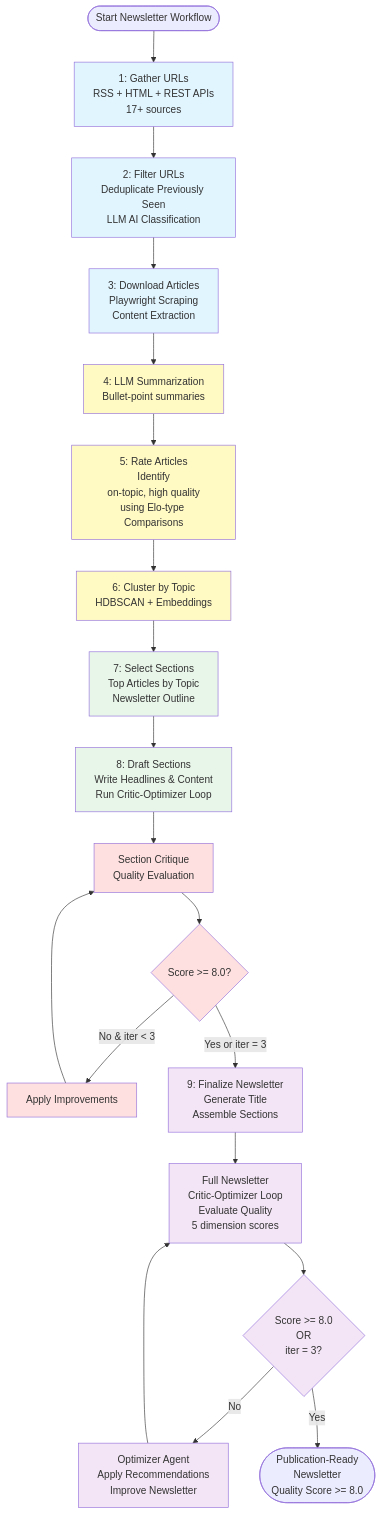
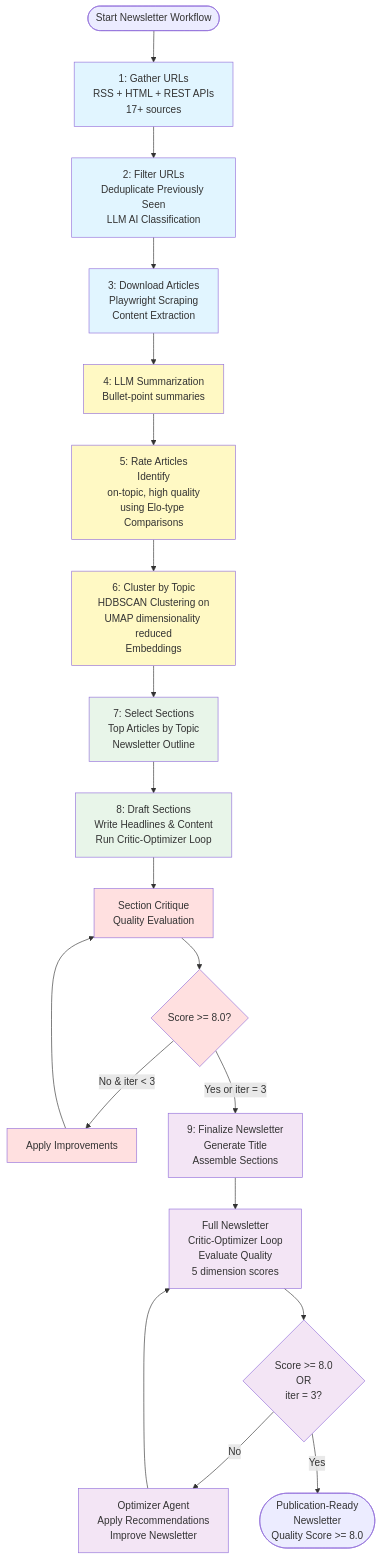
Before and after one commit to druce/OpenAIAgentsSDK: the diagram in README.md, drawn with Mermaid.

````diff
--- a/README.md
+++ b/README.md
@@ -9,49 +9,49 @@
 ```mermaid
   flowchart TD
       Start([Start Newsletter Workflow]) --> Step1[1: Gather URLs<br/>RSS + HTML + REST APIs<br/>17+ sources]
 
       Step1 --> Step2[2: Filter URLs<br/>Deduplicate Previously Seen<br/>LLM AI Classification<br/>]
 
       Step2 --> Step3[3: Download Articles<br/>Playwright Scraping<br/>Content Extraction]
 
       Step3 --> Step4[4: LLM Summarization<br/>Bullet-point summaries]
 
       Step4 --> Step5[5: Rate Articles<br/>Identify<br/>on-topic, high quality<br/>using Elo-type Comparisons]
 
-      Step5 --> Step6[6: Cluster by Topic<br/>HDBSCAN + Embeddings]
+      Step5 --> Step6[6: Cluster by Topic<br/>HDBSCAN Clustering on<br/>UMAP dimensionality reduced<br/>Embeddings]
 
       Step6 --> Step7[7: Select Sections<br/>Top Articles by Topic<br/>Newsletter Outline]
 
       Step7 --> Step8[8: Draft Sections<br/>Write Headlines & Content<br/>Run Critic-Optimizer Loop]
 
       Step8 --> Critique8[Section Critique<br/>Quality Evaluation]
       Critique8 --> Check8{Score >= 8.0?}
       Check8 -->|No & iter < 3| Improve8[Apply Improvements]
       Improve8 --> Critique8
       Check8 -->|Yes or iter = 3| Step9[9: Finalize Newsletter<br/>Generate Title<br/>Assemble Sections]
 
       Step9 --> Critique9[Full Newsletter<br/>Critic-Optimizer Loop<br/>Evaluate Quality<br/>5 dimension scores]
 
       Critique9 --> Check9{Score >= 8.0<br/>OR<br/>iter = 3?}
 
       Check9 -->|No| Optimizer[Optimizer Agent<br/>Apply Recommendations<br/>Improve Newsletter]
       Optimizer --> Critique9
 
       Check9 -->|Yes| Final([Publication-Ready<br>Newsletter<br/>Quality Score >= 8.0])
 
       style Step1 fill:#e1f5ff
       style Step2 fill:#e1f5ff
       style Step3 fill:#e1f5ff
       style Step4 fill:#fff9c4
       style Step5 fill:#fff9c4
       style Step6 fill:#fff9c4
       style Step7 fill:#e8f5e9
       style Step8 fill:#e8f5e9
       style Critique8 fill:#ffe0e0
       style Check8 fill:#ffe0e0
       style Improve8 fill:#ffe0e0
       style Step9 fill:#f3e5f5
       style Critique9 fill:#f3e5f5
       style Check9 fill:#f3e5f5
       style Optimizer fill:#f3e5f5
   ```
````
